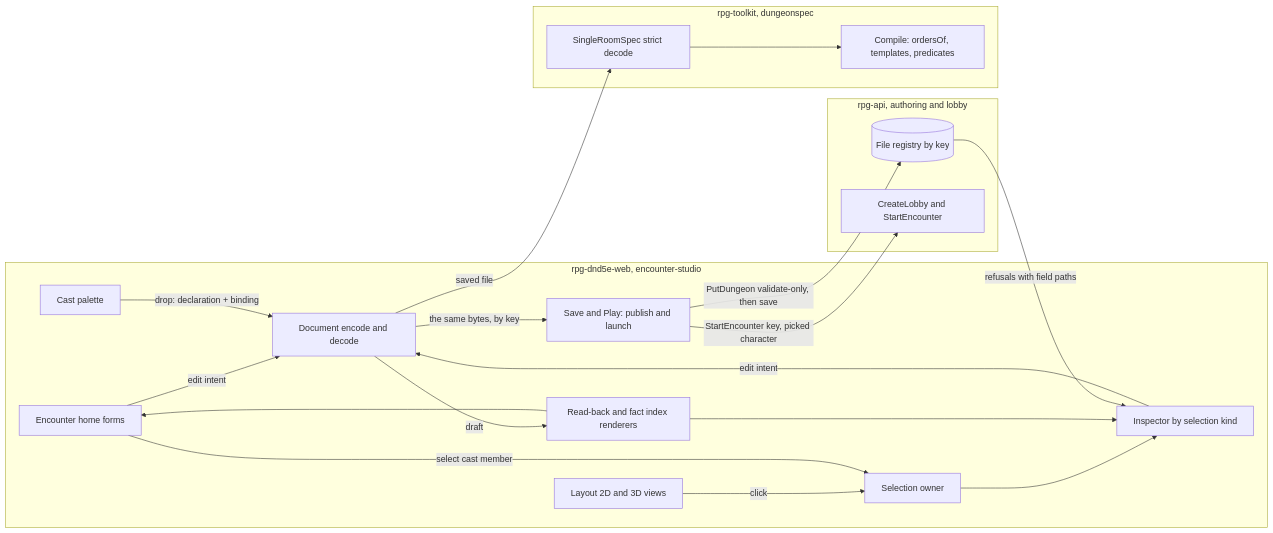
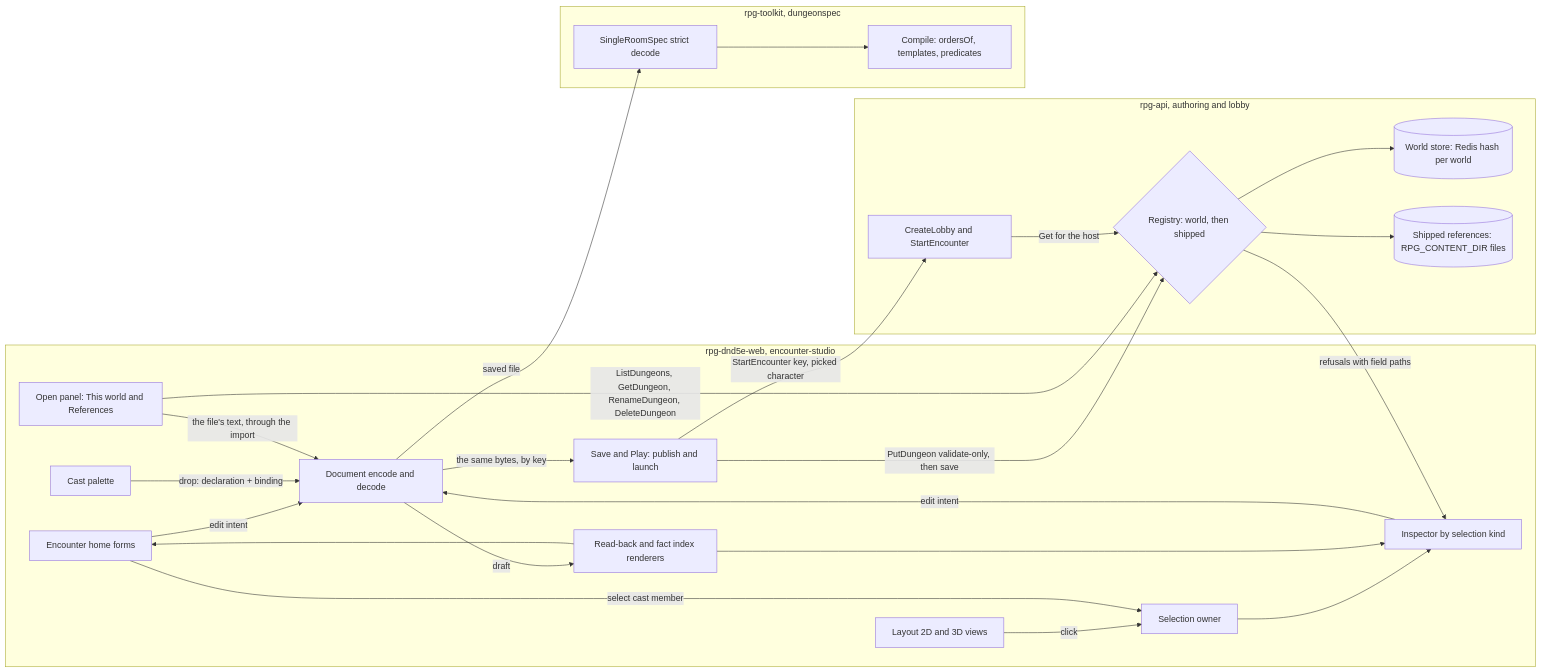
The diagram in ideas/encounter-studio/README.md (KirkDiggler/rpg-project), drawn with Mermaid before and after one commit. The commit also changed other lines of this file and 1 other file, not shown here.

First line of the commit message:
design: encounter studio — open from the server, two stores (R20–R24) (#587)

````diff
--- a/ideas/encounter-studio/README.md
+++ b/ideas/encounter-studio/README.md
@@ -18,36 +25,44 @@
 ```mermaid
 flowchart LR
     subgraph Web[rpg-dnd5e-web, encounter-studio]
         Home[Encounter home forms]
         Palette[Cast palette]
         Map[Layout 2D and 3D views]
         Sel[Selection owner]
         Insp[Inspector by selection kind]
         RB[Read-back and fact index renderers]
         Codec[Document encode and decode]
         Pub[Save and Play: publish and launch]
+        Open[Open panel: This world and References]
     end
     subgraph API[rpg-api, authoring and lobby]
-        Reg[(File registry by key)]
+        Reg{Registry: world, then shipped}
+        User[(World store: Redis hash per world)]
+        Ship[(Shipped references: RPG_CONTENT_DIR files)]
         Lobby[CreateLobby and StartEncounter]
     end
     subgraph TK[rpg-toolkit, dungeonspec]
         Dec[SingleRoomSpec strict decode]
         Comp[Compile: ordersOf, templates, predicates]
     end
     Home -->|edit intent| Codec
     Palette -->|drop: declaration + binding| Codec
     Map -->|click| Sel
     Home -->|select cast member| Sel
     Sel --> Insp
     Insp -->|edit intent| Codec
     Codec -->|draft| RB
     RB --> Insp
     RB --> Home
     Codec -->|saved file| Dec
     Dec --> Comp
     Codec -->|the same bytes, by key| Pub
     Pub -->|PutDungeon validate-only, then save| Reg
     Reg -->|refusals with field paths| Insp
     Pub -->|StartEncounter key, picked character| Lobby
+    Open -->|ListDungeons, GetDungeon, RenameDungeon, DeleteDungeon| Reg
+    Open -->|the file's text, through the import| Codec
+    Reg --> User
+    Reg --> Ship
+    Lobby -->|Get for the host| Reg
 ```
````
